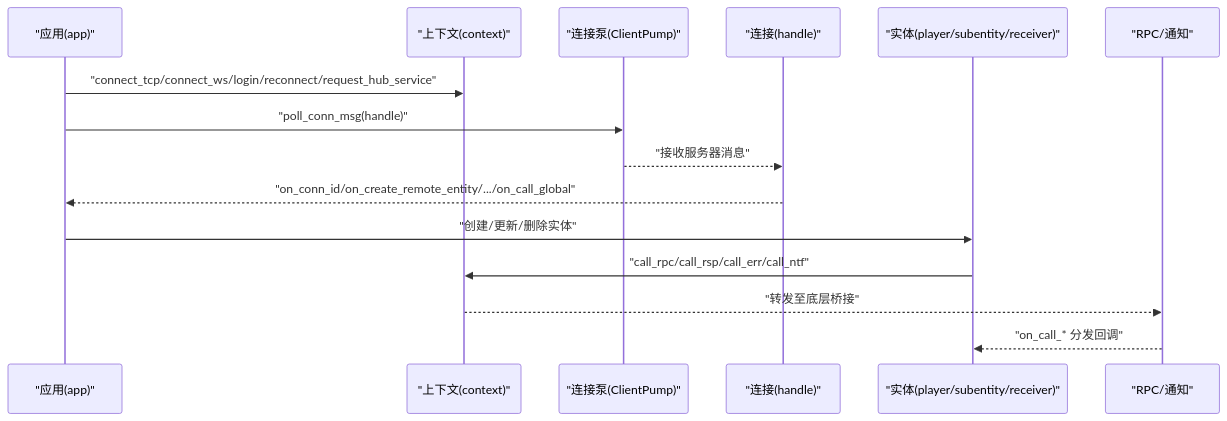
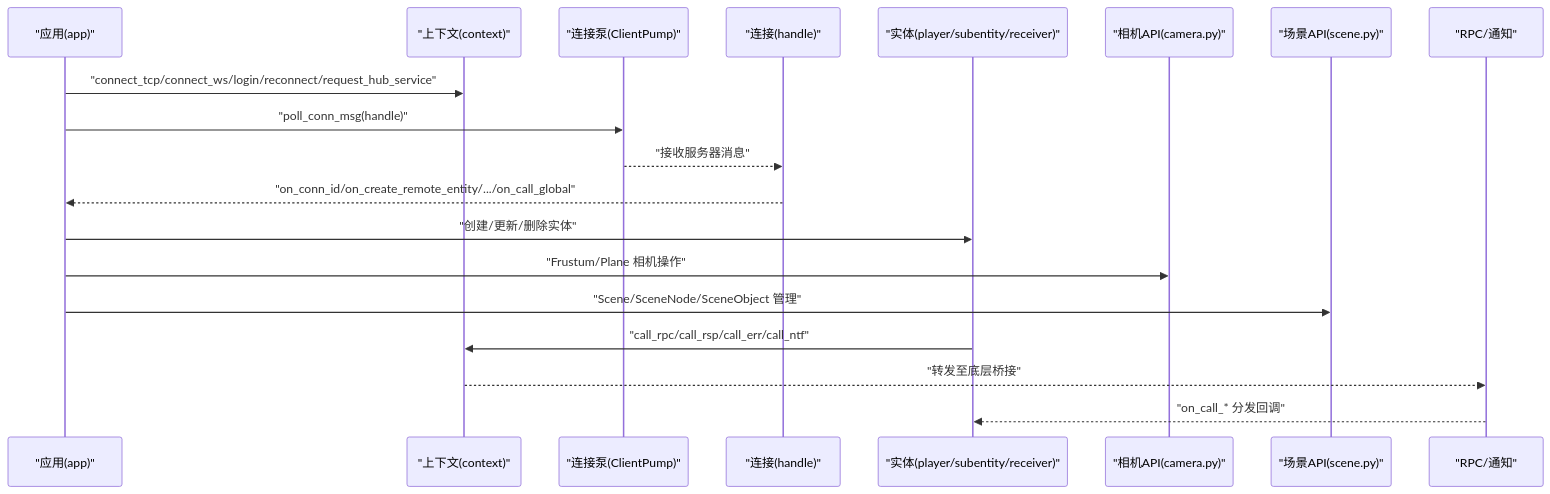
One commit to qianqians/geese changed the second of 8 diagrams in .qoder/repowiki/zh/content/API 参考/客户端 API/Python 客户端 API.md. Above: the diagram before and after it, drawn with Mermaid. The commit also changed other lines of this file and 8 other files, not shown here.

````diff
--- a/.qoder/repowiki/zh/content/API 参考/客户端 API/Python 客户端 API.md
+++ b/.qoder/repowiki/zh/content/API 参考/客户端 API/Python 客户端 API.md
@@ -118,17 +139,21 @@
 ```mermaid
 sequenceDiagram
 participant App as "应用(app)"
 participant Ctx as "上下文(context)"
 participant Pump as "连接泵(ClientPump)"
 participant Conn as "连接(handle)"
 participant Ent as "实体(player/subentity/receiver)"
+participant Cam as "相机API(camera.py)"
+participant Scn as "场景API(scene.py)"
 participant RPC as "RPC/通知"
 App->>Ctx : "connect_tcp/connect_ws/login/reconnect/request_hub_service"
 App->>Pump : "poll_conn_msg(handle)"
 Pump-->>Conn : "接收服务器消息"
 Conn-->>App : "on_conn_id/on_create_remote_entity/.../on_call_global"
 App->>Ent : "创建/更新/删除实体"
+App->>Cam : "Frustum/Plane 相机操作"
+App->>Scn : "Scene/SceneNode/SceneObject 管理"
 Ent->>Ctx : "call_rpc/call_rsp/call_err/call_ntf"
 Ctx-->>RPC : "转发至底层桥接"
 RPC-->>Ent : "on_call_* 分发回调"
 ```
````
